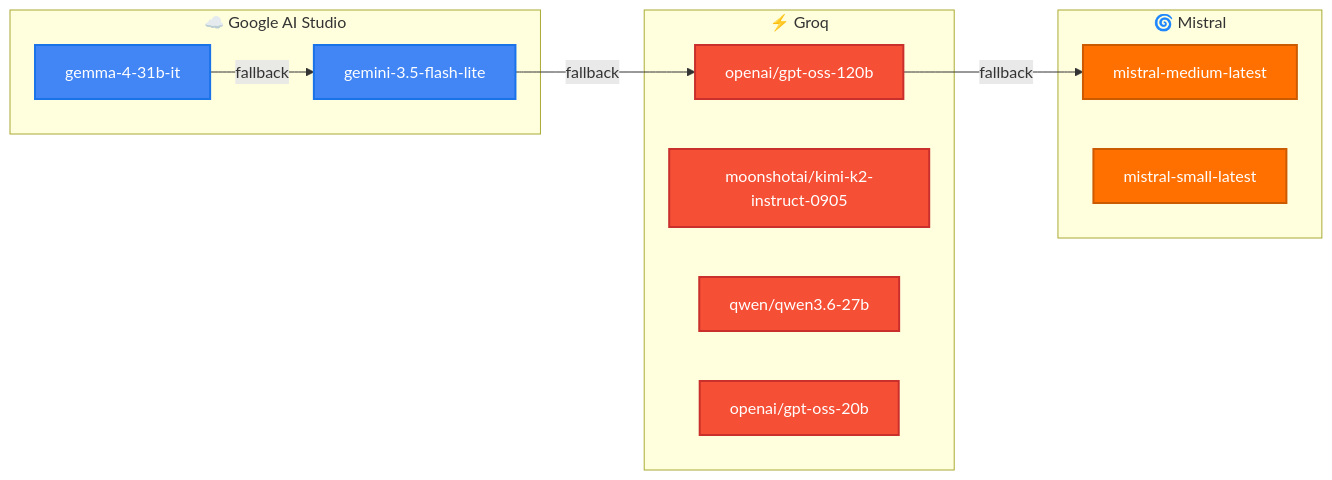
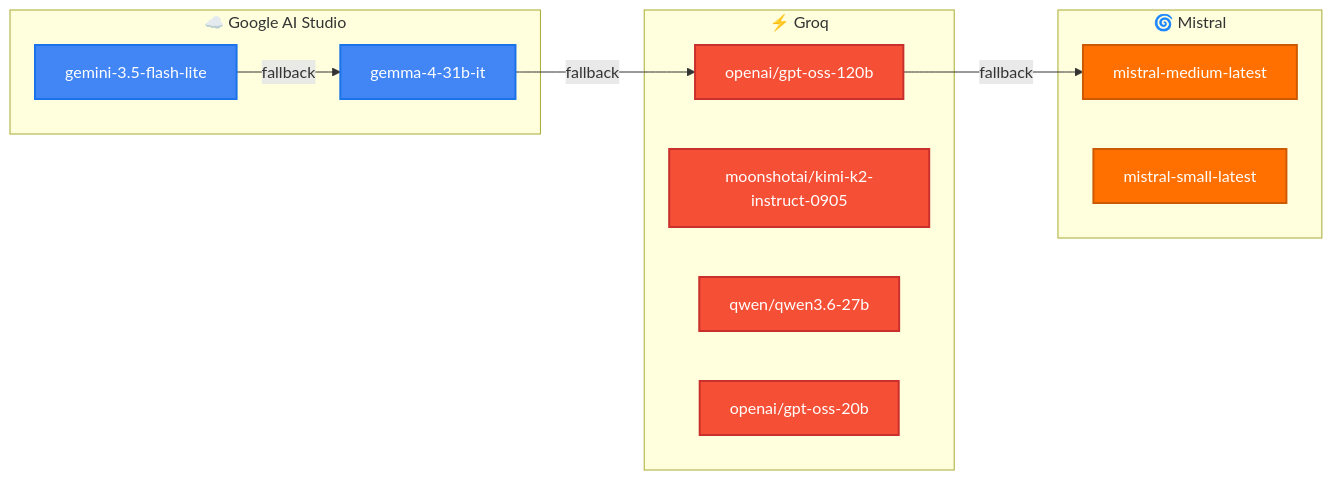
Before and after one commit to kvcops/JobHunterX: the third of 3 diagrams in README.md, drawn with Mermaid. The commit also changed other lines of this file and 8 other files, not shown here.

````diff
--- a/README.md
+++ b/README.md
@@ -337,25 +337,25 @@
 ```mermaid
 graph LR
     subgraph Google["☁️ Google AI Studio"]
         G1["gemma-4-31b-it"]
         G2["gemini-3.5-flash-lite"]
     end
     subgraph Groq["⚡ Groq"]
         GR1["openai/gpt-oss-120b"]
         GR2["moonshotai/kimi-k2-instruct-0905"]
         GR3["qwen/qwen3.6-27b"]
         GR4["openai/gpt-oss-20b"]
     end
     subgraph Mistral["🌀 Mistral"]
         M1["mistral-medium-latest"]
         M2["mistral-small-latest"]
     end
-    G1 -->|fallback| G2 -->|fallback| GR1 -->|fallback| M1
+    G2 -->|fallback| G1 -->|fallback| GR1 -->|fallback| M1
 
     classDef google fill:#4285F4,stroke:#1a73e8,color:#fff,stroke-width:2px;
     classDef groq fill:#F55036,stroke:#c9302c,color:#fff,stroke-width:2px;
     classDef mistral fill:#FF7000,stroke:#cc5a00,color:#fff,stroke-width:2px;
     class G1,G2 google;
     class GR1,GR2,GR3,GR4 groq;
     class M1,M2 mistral;
 ```
````
